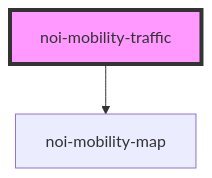
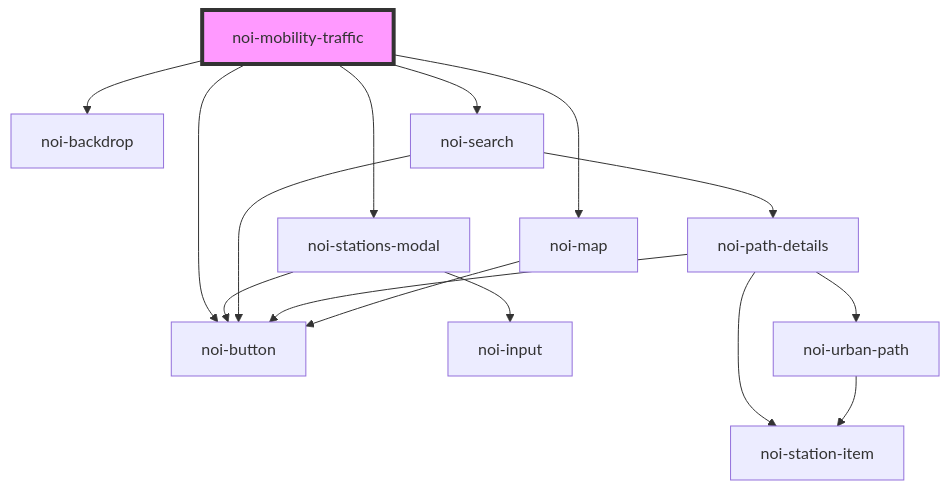
One commit to noi-techpark/webcomp-mobility-traffic changed the diagram in src/components/noi-mobility-traffic/readme.md. Above: the diagram before and after it, drawn with Mermaid. The commit also changed other lines of this file and 22 other files, not shown here.

````diff
--- a/src/components/noi-mobility-traffic/readme.md
+++ b/src/components/noi-mobility-traffic/readme.md
@@ -15,5 +19,18 @@
 ```mermaid
 graph TD;
-  noi-mobility-traffic --> noi-mobility-map
+  noi-mobility-traffic --> noi-button
+  noi-mobility-traffic --> noi-backdrop
+  noi-mobility-traffic --> noi-stations-modal
+  noi-mobility-traffic --> noi-search
+  noi-mobility-traffic --> noi-map
+  noi-stations-modal --> noi-button
+  noi-stations-modal --> noi-input
+  noi-search --> noi-path-details
+  noi-search --> noi-button
+  noi-path-details --> noi-urban-path
+  noi-path-details --> noi-station-item
+  noi-path-details --> noi-button
+  noi-urban-path --> noi-station-item
+  noi-map --> noi-button
   style noi-mobility-traffic fill:#f9f,stroke:#333,stroke-width:4px
 ```
````
